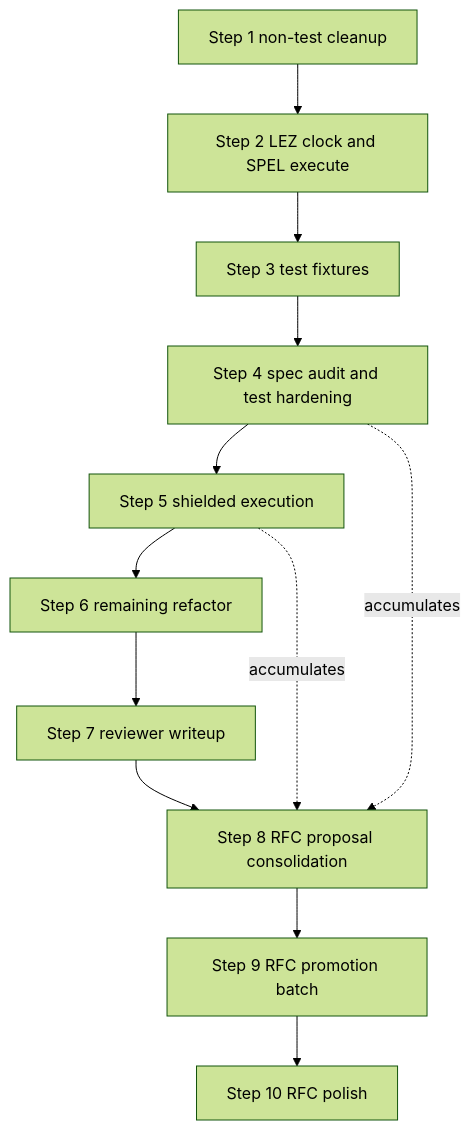
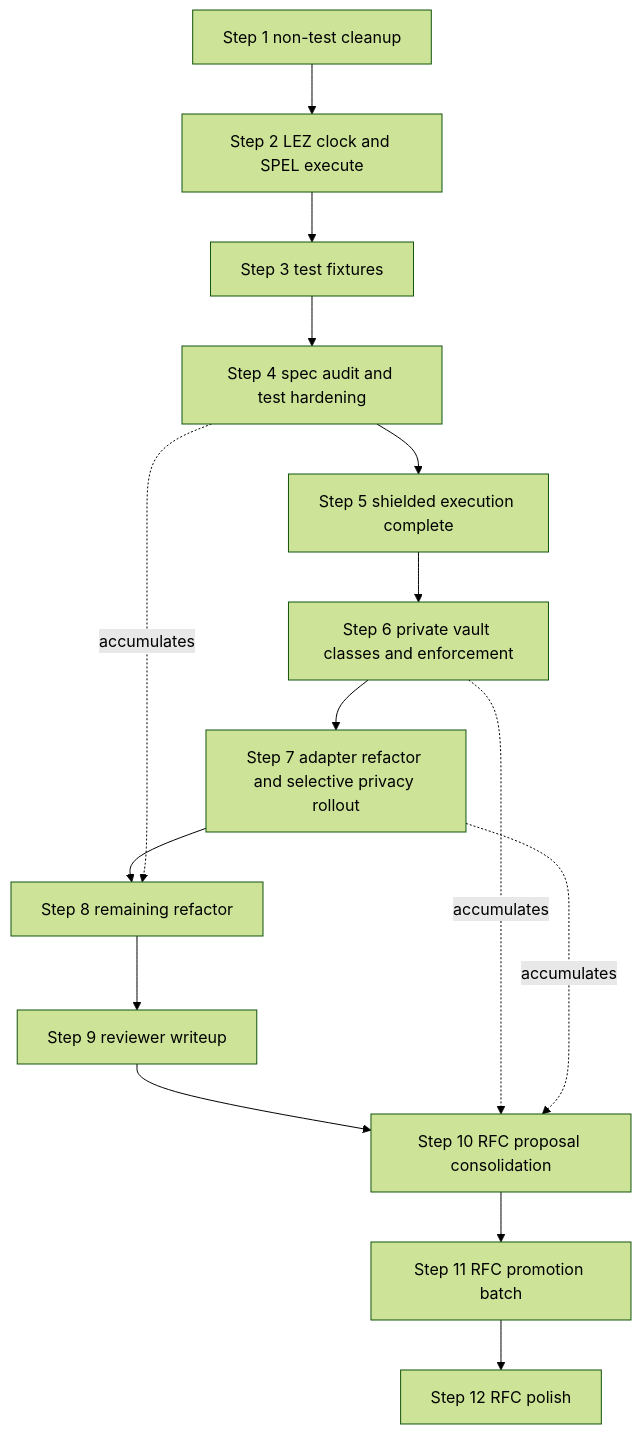
One commit to logos-co/lez-payment-streams changed the diagram in plan.md. Above: the diagram before and after it, drawn with Mermaid (forest theme). The commit also changed other lines of this file, not shown here.

Commit message:
adapt plan for private vaults

````diff
--- a/plan.md
+++ b/plan.md
@@ -145,14 +145,17 @@
 ```mermaid
 flowchart TD
     S1[Step 1 non-test cleanup] --> S2[Step 2 LEZ clock and SPEL execute]
     S2 --> S3[Step 3 test fixtures]
     S3 --> S4[Step 4 spec audit and test hardening]
-    S4 --> S5[Step 5 shielded execution]
-    S5 --> S6[Step 6 remaining refactor]
-    S6 --> S7[Step 7 reviewer writeup]
-    S7 --> S8[Step 8 RFC proposal consolidation]
-    S8 --> S9[Step 9 RFC promotion batch]
-    S9 --> S10[Step 10 RFC polish]
+    S4 --> S5[Step 5 shielded execution complete]
+    S5 --> S6[Step 6 private vault classes and enforcement]
+    S6 --> S7[Step 7 adapter refactor and selective privacy rollout]
+    S7 --> S8[Step 8 remaining refactor]
+    S8 --> S9[Step 9 reviewer writeup]
+    S9 --> S10[Step 10 RFC proposal consolidation]
+    S10 --> S11[Step 11 RFC promotion batch]
+    S11 --> S12[Step 12 RFC polish]
     S4 -. accumulates .-> S8
-    S5 -. accumulates .-> S8
+    S6 -. accumulates .-> S10
+    S7 -. accumulates .-> S10
 ```
````
